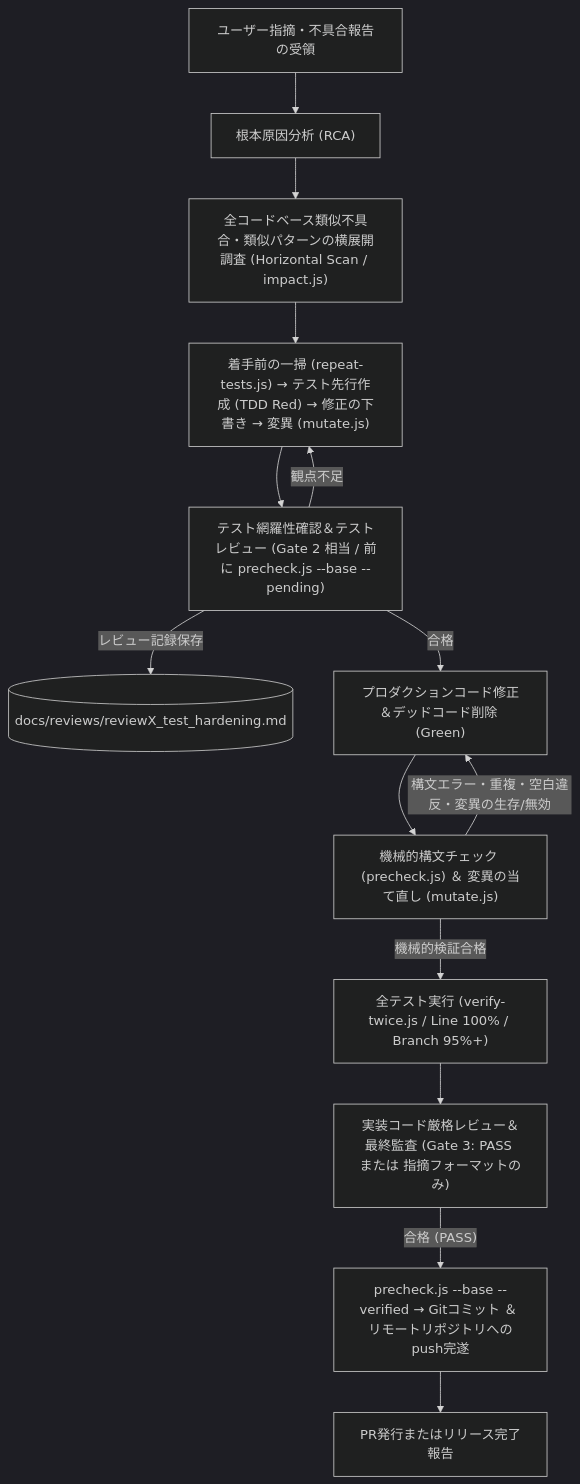
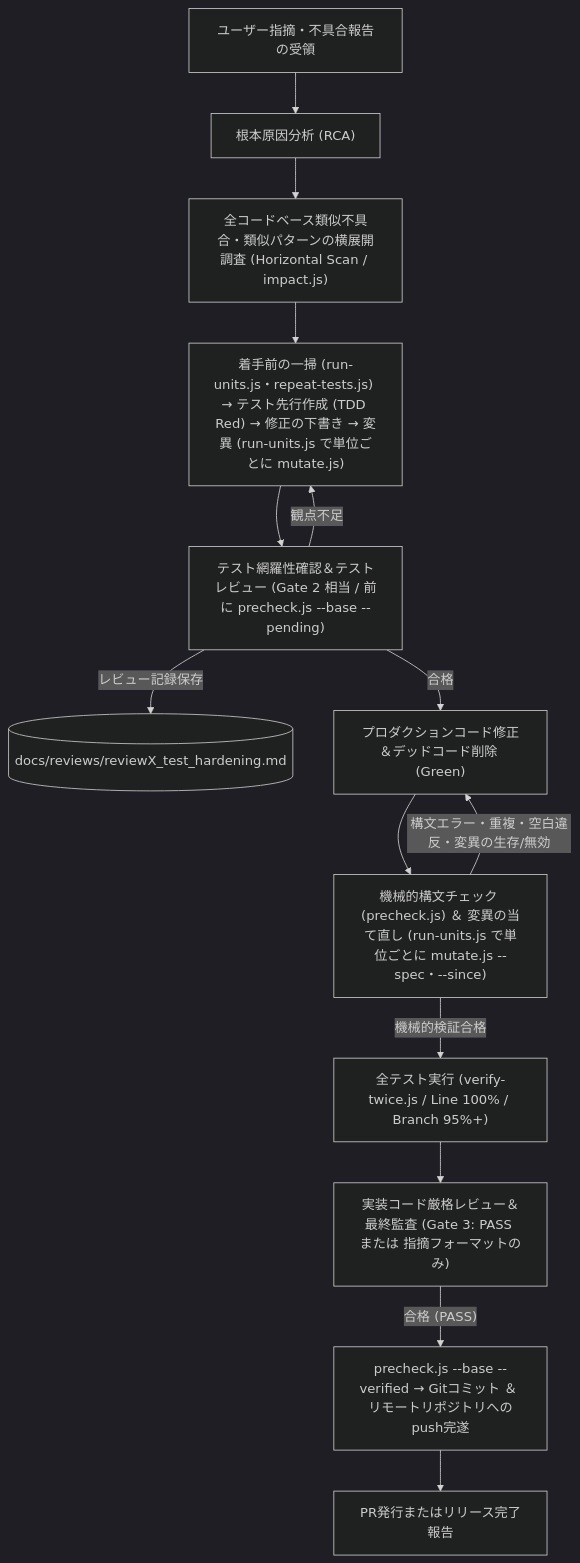
One commit to tekuteku-life/kogaidocs changed the second of 2 diagrams in docs/development_process.md. Above: the diagram before and after it, drawn with Mermaid (dark theme). The commit also changed other lines of this file and 12 other files, not shown here.

````diff
--- a/docs/development_process.md
+++ b/docs/development_process.md
@@ -78,16 +78,16 @@
 ```mermaid
 flowchart TD
 	U1["ユーザー指摘・不具合報告の受領"] --> U2["根本原因分析 (RCA)"]
 	U2 --> U3["全コードベース類似不具合・類似パターンの横展開調査 (Horizontal Scan / impact.js)"]
-	U3 --> U4["着手前の一掃 (repeat-tests.js) → テスト先行作成 (TDD Red) → 修正の下書き → 変異 (mutate.js)"]
+	U3 --> U4["着手前の一掃 (run-units.js・repeat-tests.js) → テスト先行作成 (TDD Red) → 修正の下書き → 変異 (run-units.js で単位ごとに mutate.js)"]
 	U4 --> U5["テスト網羅性確認＆テストレビュー (Gate 2 相当 / 前に precheck.js --base --pending)"]
 	U5 -->|レビュー記録保存| D4[("docs/reviews/reviewX_test_hardening.md")]
 	U5 -- "観点不足" --> U4
 	U5 -- "合格" --> U6["プロダクションコード修正＆デッドコード削除 (Green)"]
-	U6 --> U7["機械的構文チェック (precheck.js) ＆ 変異の当て直し (mutate.js)"]
+	U6 --> U7["機械的構文チェック (precheck.js) ＆ 変異の当て直し (run-units.js で単位ごとに mutate.js --spec・--since)"]
 	U7 -- "構文エラー・重複・空白違反・変異の生存/無効" --> U6
 	U7 -- "機械的検証合格" --> U8["全テスト実行 (verify-twice.js / Line 100% / Branch 95%+)"]
 	U8 --> U9["実装コード厳格レビュー＆最終監査 (Gate 3: PASS または 指摘フォーマットのみ)"]
 	U9 -- "合格 (PASS)" --> U10["precheck.js --base --verified → Gitコミット ＆ リモートリポジトリへのpush完遂"]
 	U10 --> U11["PR発行またはリリース完了報告"]
 ```
````
